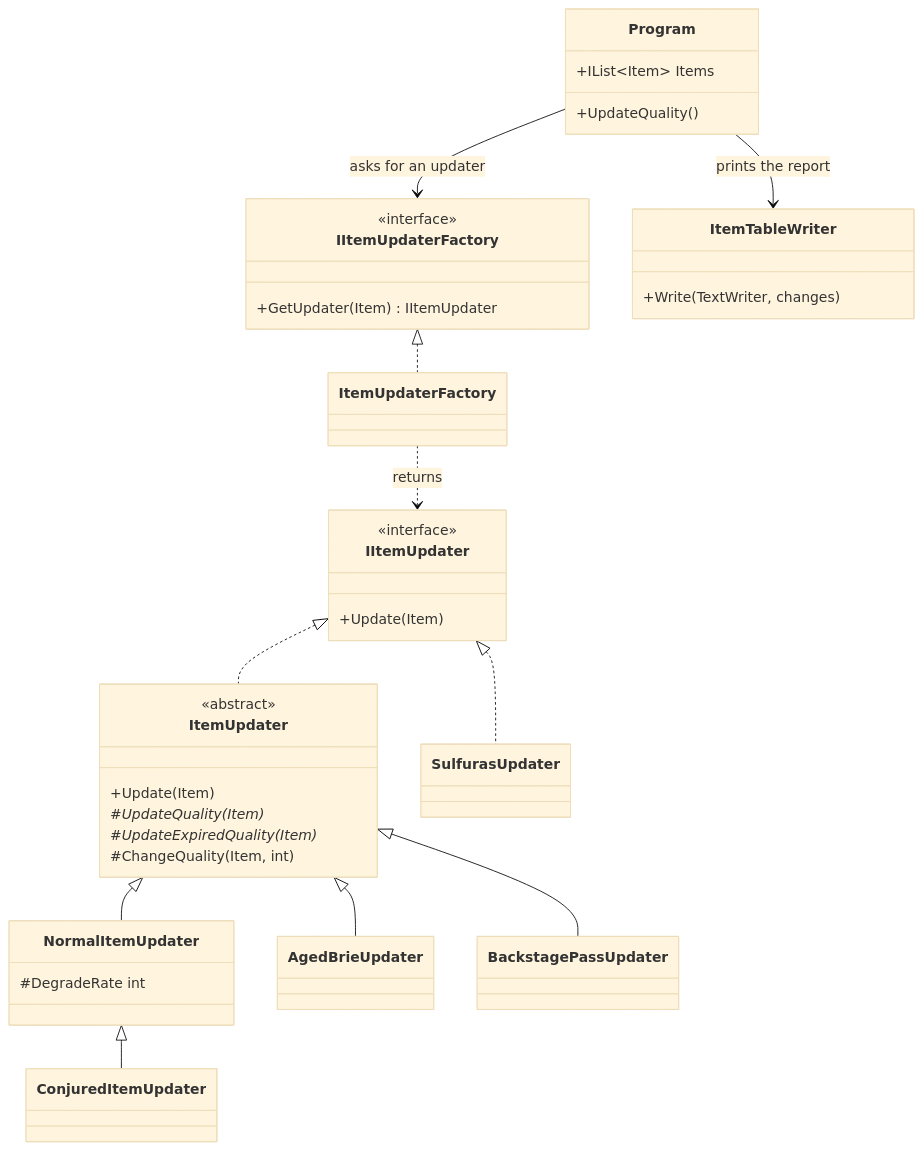
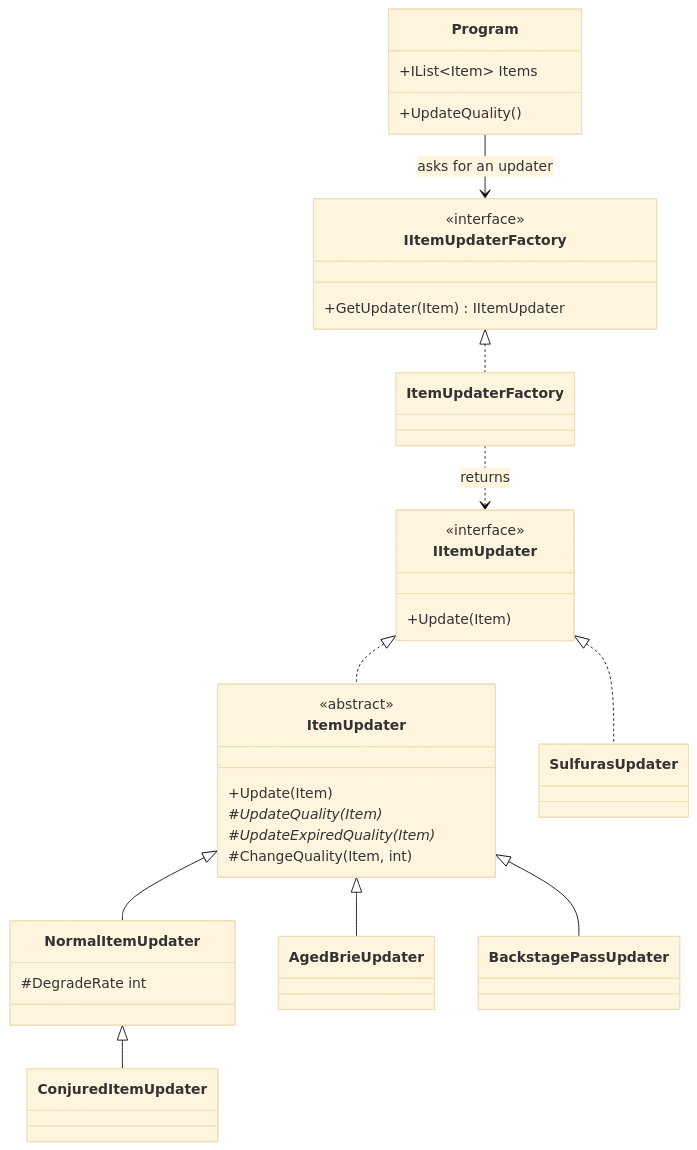
One commit to hemantpanchal67/engineering-test changed the first of 3 diagrams in SOLUTION.md. Above: the diagram before and after it, drawn with Mermaid (base theme). The commit also changed other lines of this file, not shown here.

First line of the commit message:
docs: altered diagram, disclose AI use for documentation and diagrams

````diff
--- a/SOLUTION.md
+++ b/SOLUTION.md
@@ -28,45 +31,54 @@
 ```mermaid
 classDiagram
     direction TB
     class Program {
         +IList~Item~ Items
         +UpdateQuality()
     }
     class IItemUpdaterFactory {
         <<interface>>
         +GetUpdater(Item) IItemUpdater
     }
     class ItemUpdaterFactory
     class IItemUpdater {
         <<interface>>
         +Update(Item)
     }
     class ItemUpdater {
         <<abstract>>
         +Update(Item)
         #UpdateQuality(Item)*
         #UpdateExpiredQuality(Item)*
         #ChangeQuality(Item, int)
     }
     class NormalItemUpdater {
         #DegradeRate int
     }
     class ConjuredItemUpdater
     class AgedBrieUpdater
     class BackstagePassUpdater
     class SulfurasUpdater
-    class ItemTableWriter {
-        +Write(TextWriter, changes)
-    }
 
     Program --> IItemUpdaterFactory : asks for an updater
-    Program --> ItemTableWriter : prints the report
     IItemUpdaterFactory <|.. ItemUpdaterFactory
     ItemUpdaterFactory ..> IItemUpdater : returns
     IItemUpdater <|.. ItemUpdater
     IItemUpdater <|.. SulfurasUpdater
     ItemUpdater <|-- NormalItemUpdater
     ItemUpdater <|-- AgedBrieUpdater
     ItemUpdater <|-- BackstagePassUpdater
     NormalItemUpdater <|-- ConjuredItemUpdater
+
+    classDef client fill:#e5e7eb,stroke:#6b7280,stroke-width:2px,color:#111827
+    classDef factory fill:#fef08a,stroke:#ca8a04,stroke-width:2px,color:#111827
+    classDef contract fill:#bfdbfe,stroke:#2563eb,stroke-width:2px,color:#111827
+    classDef template fill:#fed7aa,stroke:#ea580c,stroke-width:2px,color:#111827
+    classDef strategy fill:#bbf7d0,stroke:#16a34a,stroke-width:2px,color:#111827
+    classDef direct fill:#e9d5ff,stroke:#9333ea,stroke-width:2px,color:#111827
+    cssClass "Program" client
+    cssClass "ItemUpdaterFactory" factory
+    cssClass "IItemUpdaterFactory,IItemUpdater" contract
+    cssClass "ItemUpdater" template
+    cssClass "NormalItemUpdater,ConjuredItemUpdater,AgedBrieUpdater,BackstagePassUpdater" strategy
+    cssClass "SulfurasUpdater" direct
 ```
````
